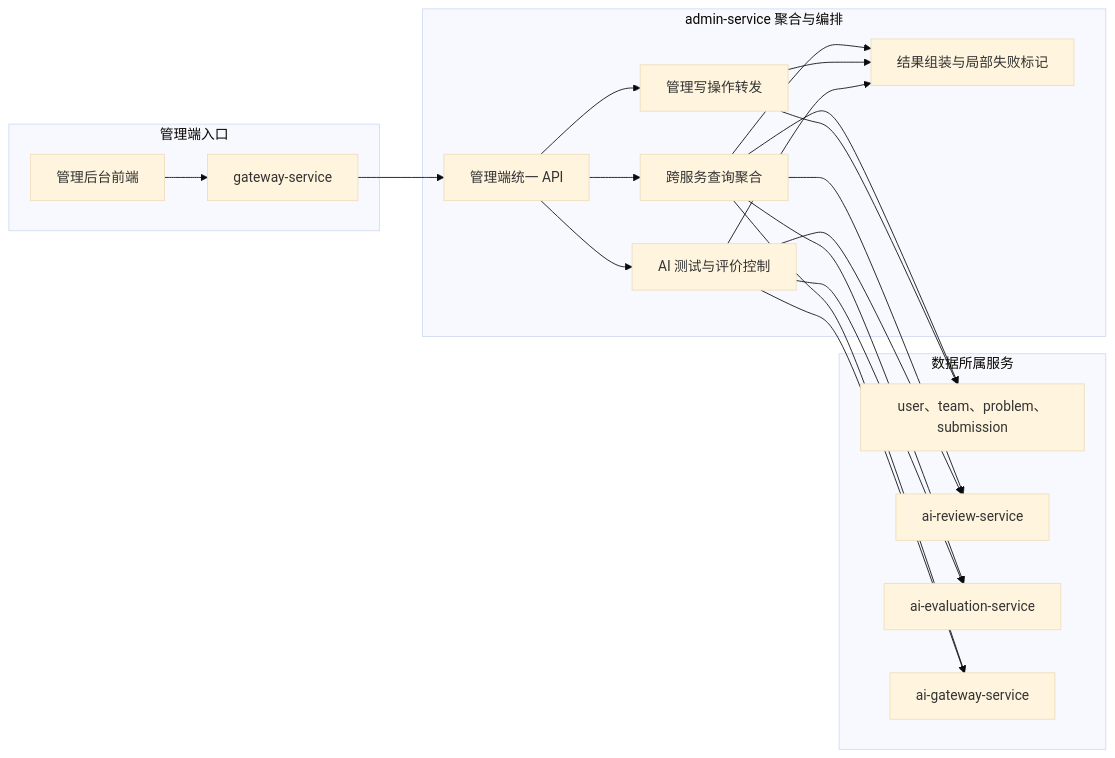
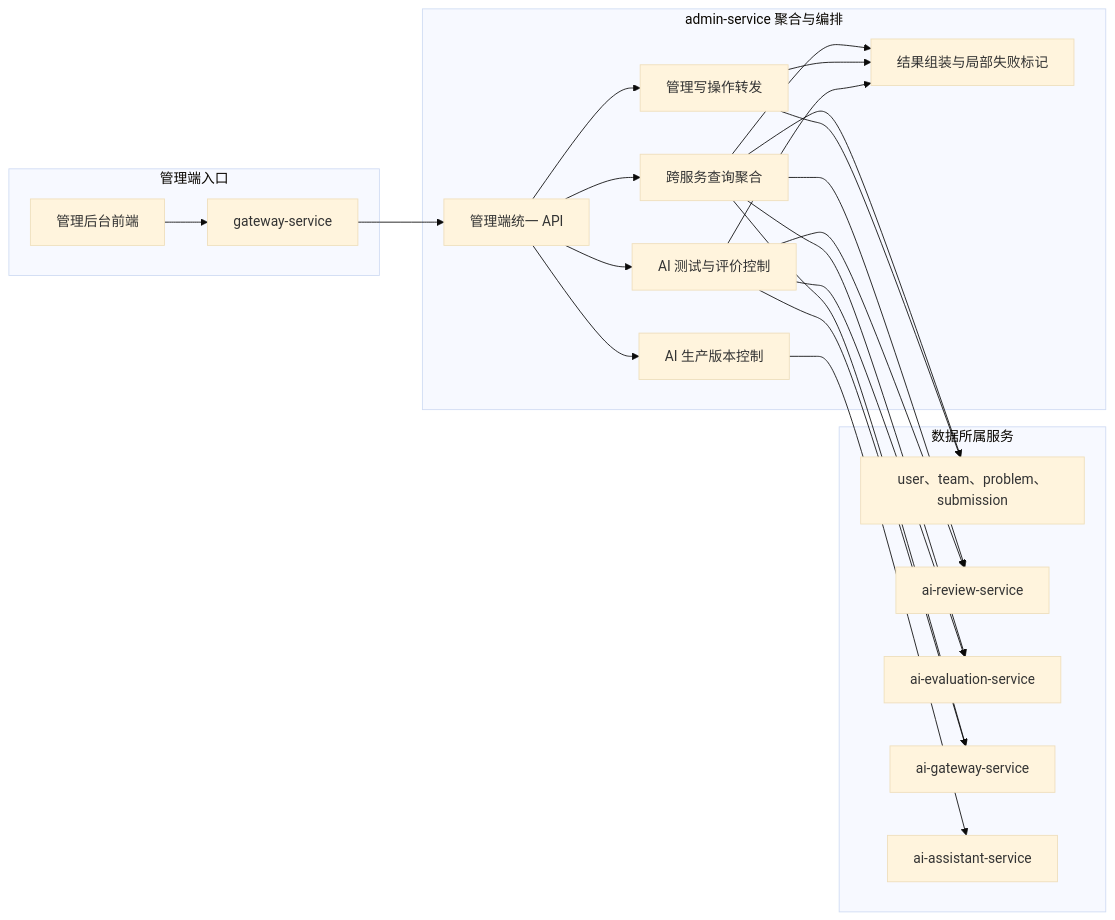
One commit to Dorian7Alden/LeetModel changed the diagram in docs/project/03-微服务设计/admin-service/README.md. Above: the diagram before and after it, drawn with Mermaid (base theme). The commit also changed other lines of this file and 4 other files, not shown here.

````diff
--- a/docs/project/03-微服务设计/admin-service/README.md
+++ b/docs/project/03-微服务设计/admin-service/README.md
@@ -7,40 +7,44 @@
 ```mermaid
 flowchart LR
     subgraph entry["管理端入口"]
         adminWeb["管理后台前端"]
         apiGateway["gateway-service"]
     end
 
     subgraph admin["admin-service 聚合与编排"]
         adminApi["管理端统一 API"]
         aggregation["跨服务查询聚合"]
         writeForward["管理写操作转发"]
         aiControl["AI 测试与评价控制"]
+        productionControl["AI 生产版本控制"]
         resultAssembly["结果组装与局部失败标记"]
 
         adminApi --> aggregation
         adminApi --> writeForward
         adminApi --> aiControl
+        adminApi --> productionControl
         aggregation --> resultAssembly
         writeForward --> resultAssembly
         aiControl --> resultAssembly
     end
 
     subgraph domains["数据所属服务"]
         basicServices["user、team、problem、submission"]
         reviewService["ai-review-service"]
         evaluationService["ai-evaluation-service"]
         aiGateway["ai-gateway-service"]
+        assistantService["ai-assistant-service"]
     end
 
     adminWeb --> apiGateway
     apiGateway --> adminApi
     aggregation --> basicServices
     aggregation --> reviewService
     aggregation --> evaluationService
     aggregation --> aiGateway
     writeForward --> basicServices
     aiControl --> reviewService
     aiControl --> evaluationService
     aiControl --> aiGateway
+    productionControl --> assistantService
 ```
````
